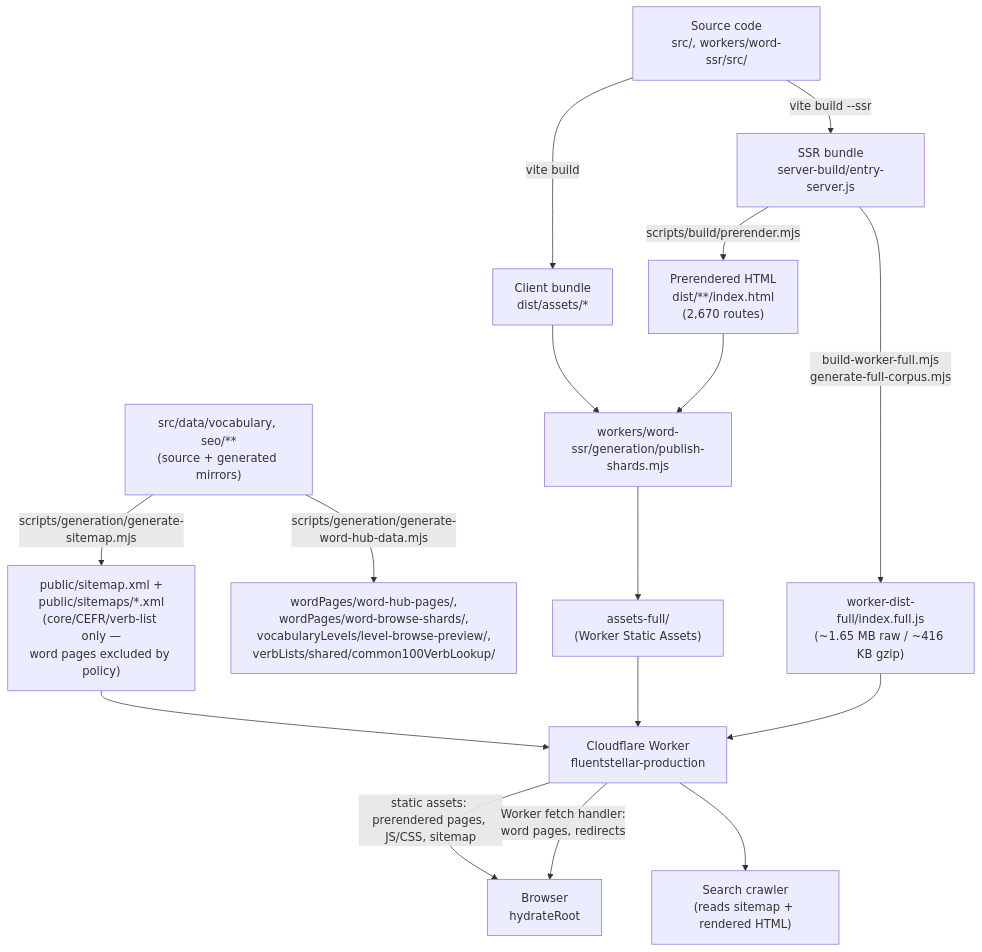
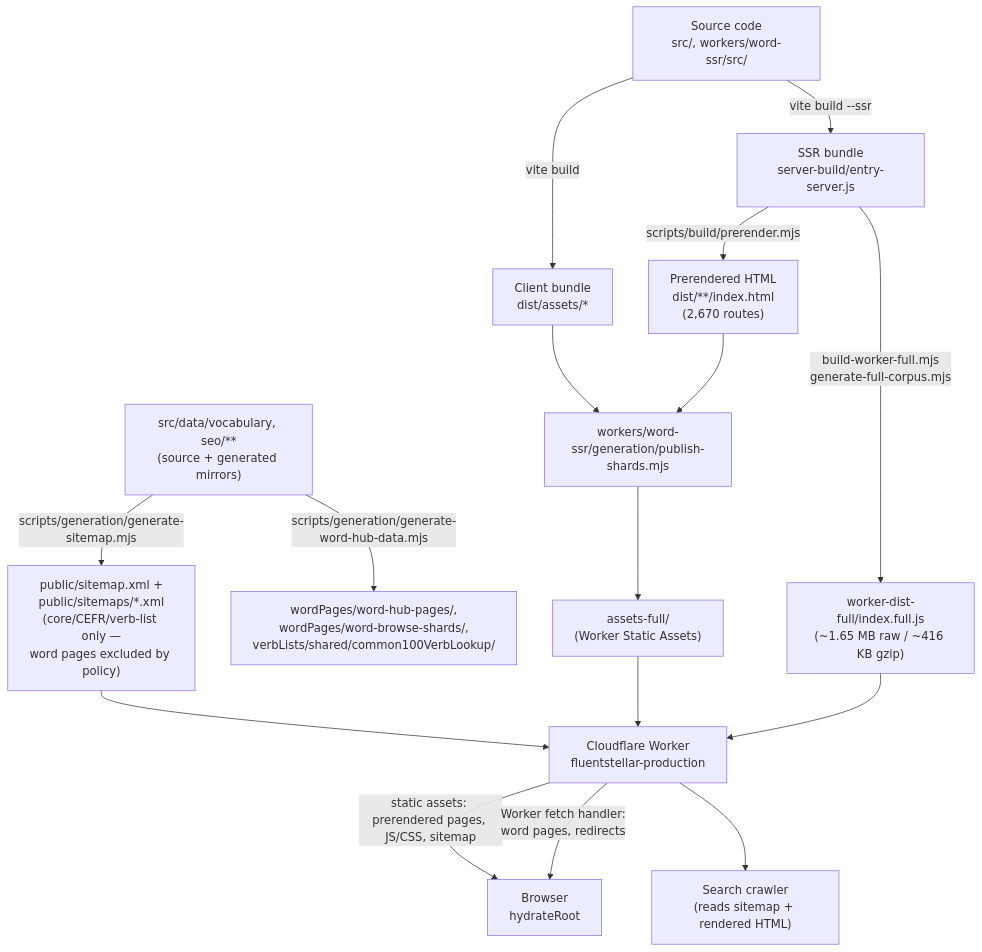
The diagram in docs/architecture.md (BondoDev/vocab_new), drawn with Mermaid before and after one commit. The commit also changed other lines of this file and 160 other files, not shown here.

````diff
--- a/docs/architecture.md
+++ b/docs/architecture.md
@@ -65,18 +65,18 @@
 ```mermaid
 flowchart TD
     Source["Source code\nsrc/, workers/word-ssr/src/"] -->|vite build| ClientBundle["Client bundle\ndist/assets/*"]
     Source -->|vite build --ssr| SSRBundle["SSR bundle\nserver-build/entry-server.js"]
     SSRBundle -->|scripts/build/prerender.mjs| Prerendered["Prerendered HTML\ndist/**/index.html\n(2,670 routes)"]
     VocabData["src/data/vocabulary, seo/**\n(source + generated mirrors)"] -->|scripts/generation/generate-sitemap.mjs| Sitemap["public/sitemap.xml +\npublic/sitemaps/*.xml\n(core/CEFR/verb-list only —\nword pages excluded by policy)"]
-    VocabData -->|scripts/generation/generate-word-hub-data.mjs| HubData["wordPages/word-hub-pages/,\nwordPages/word-browse-shards/,\nvocabularyLevels/level-browse-preview/,\nverbLists/shared/common100VerbLookup/"]
+    VocabData -->|scripts/generation/generate-word-hub-data.mjs| HubData["wordPages/word-hub-pages/,\nwordPages/word-browse-shards/,\nverbLists/shared/common100VerbLookup/"]
     ClientBundle --> Publish["workers/word-ssr/generation/publish-shards.mjs"]
     Prerendered --> Publish
     SSRBundle -->|build-worker-full.mjs\ngenerate-full-corpus.mjs| WorkerBundle["worker-dist-full/index.full.js\n(~1.65 MB raw / ~416 KB gzip)"]
     Publish --> AssetsFull["assets-full/\n(Worker Static Assets)"]
     WorkerBundle --> CFWorker
     AssetsFull --> CFWorker["Cloudflare Worker\nfluentstellar-production"]
     Sitemap --> CFWorker
     CFWorker -->|static assets: prerendered pages, JS/CSS, sitemap| Browser["Browser\nhydrateRoot"]
     CFWorker -->|Worker fetch handler:\nword pages, redirects| Browser
     CFWorker --> Crawler["Search crawler\n(reads sitemap + rendered HTML)"]
 ```
````
